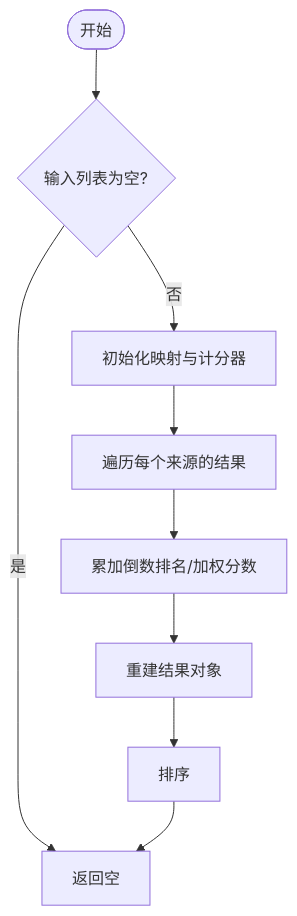
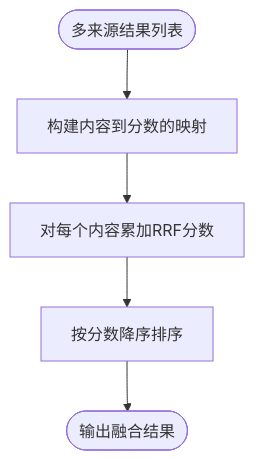
Before and after one commit to JieGaoPrinceton/NecoRAG: the sixth of 10 diagrams in .qoder/repowiki/zh/content/检索引擎模块/检索引擎模块.md, drawn with Mermaid. The commit also changed other lines of this file and 181 other files, not shown here.

````diff
--- a/.qoder/repowiki/zh/content/检索引擎模块/检索引擎模块.md
+++ b/.qoder/repowiki/zh/content/检索引擎模块/检索引擎模块.md
@@ -263,11 +237,7 @@
 ```mermaid
 flowchart TD
-FStart(["开始"]) --> CheckList{"输入列表为空?"}
-CheckList --> |是| FEnd["返回空"]
-CheckList --> |否| InitMap["初始化映射与计分器"]
-InitMap --> ForEach["遍历每个来源的结果"]
-ForEach --> Update["累加倒数排名/加权分数"]
-Update --> Build["重建结果对象"]
-Build --> Sort["排序"]
-Sort --> FEnd
+A(["多来源结果列表"]) --> Build["构建内容到分数的映射"]
+Build --> Sum["对每个内容累加RRF分数"]
+Sum --> Sort["按分数降序排序"]
+Sort --> Out(["输出融合结果"])
 ```
````
